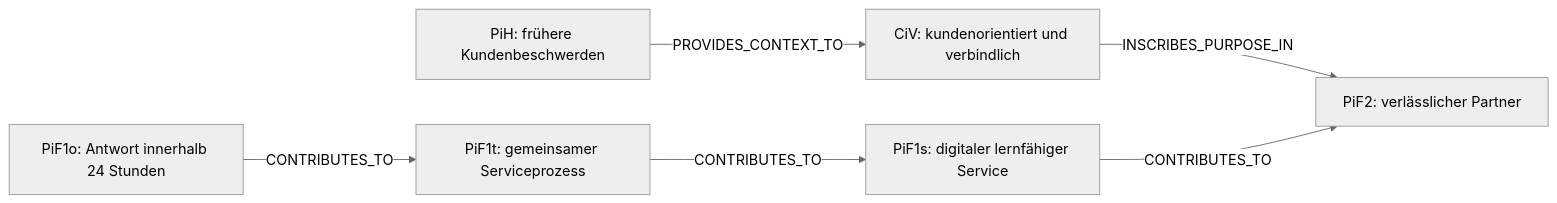
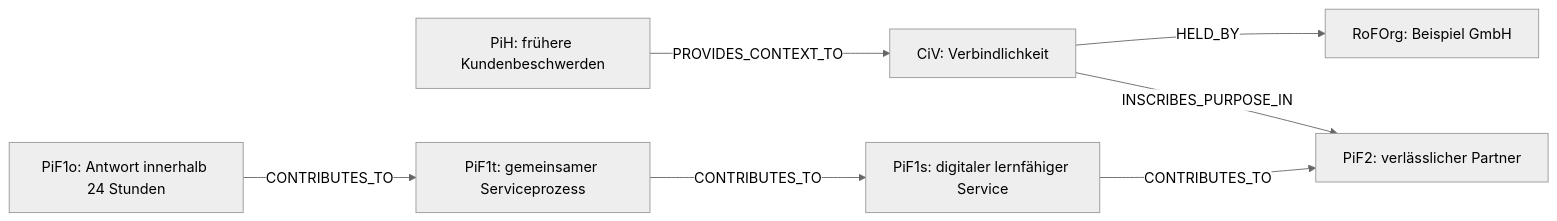
One commit to eeimicke/junaco-jci-loop changed the first of 12 diagrams in docs/guides/JCI_EXAMPLE.md. Above: the diagram before and after it, drawn with Mermaid (neutral theme). The commit also changed other lines of this file and 43 other files, not shown here.

````diff
--- a/docs/guides/JCI_EXAMPLE.md
+++ b/docs/guides/JCI_EXAMPLE.md
@@ -29,8 +29,9 @@
 ```mermaid
 flowchart LR
-    History[PiH: frühere Kundenbeschwerden] -->|PROVIDES_CONTEXT_TO| Values[CiV: kundenorientiert und verbindlich]
-    Values -->|INSCRIBES_PURPOSE_IN| LongTerm[PiF2: verlässlicher Partner]
+    History[PiH: frühere Kundenbeschwerden] -->|PROVIDES_CONTEXT_TO| Value[CiV: Verbindlichkeit]
+    Value -->|HELD_BY| Org[RoFOrg: Beispiel GmbH]
+    Value -->|INSCRIBES_PURPOSE_IN| LongTerm[PiF2: verlässlicher Partner]
     Strategic[PiF1s: digitaler lernfähiger Service] -->|CONTRIBUTES_TO| LongTerm
     Tactical[PiF1t: gemeinsamer Serviceprozess] -->|CONTRIBUTES_TO| Strategic
     Operational[PiF1o: Antwort innerhalb 24 Stunden] -->|CONTRIBUTES_TO| Tactical
 ```
````
